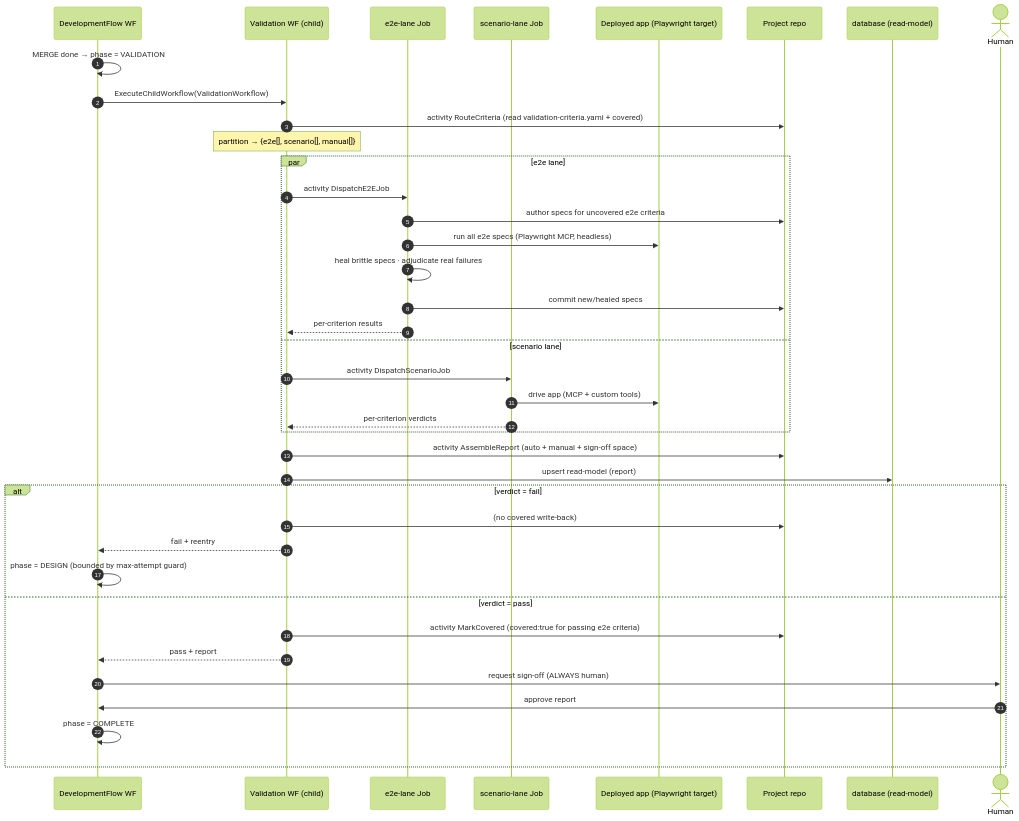
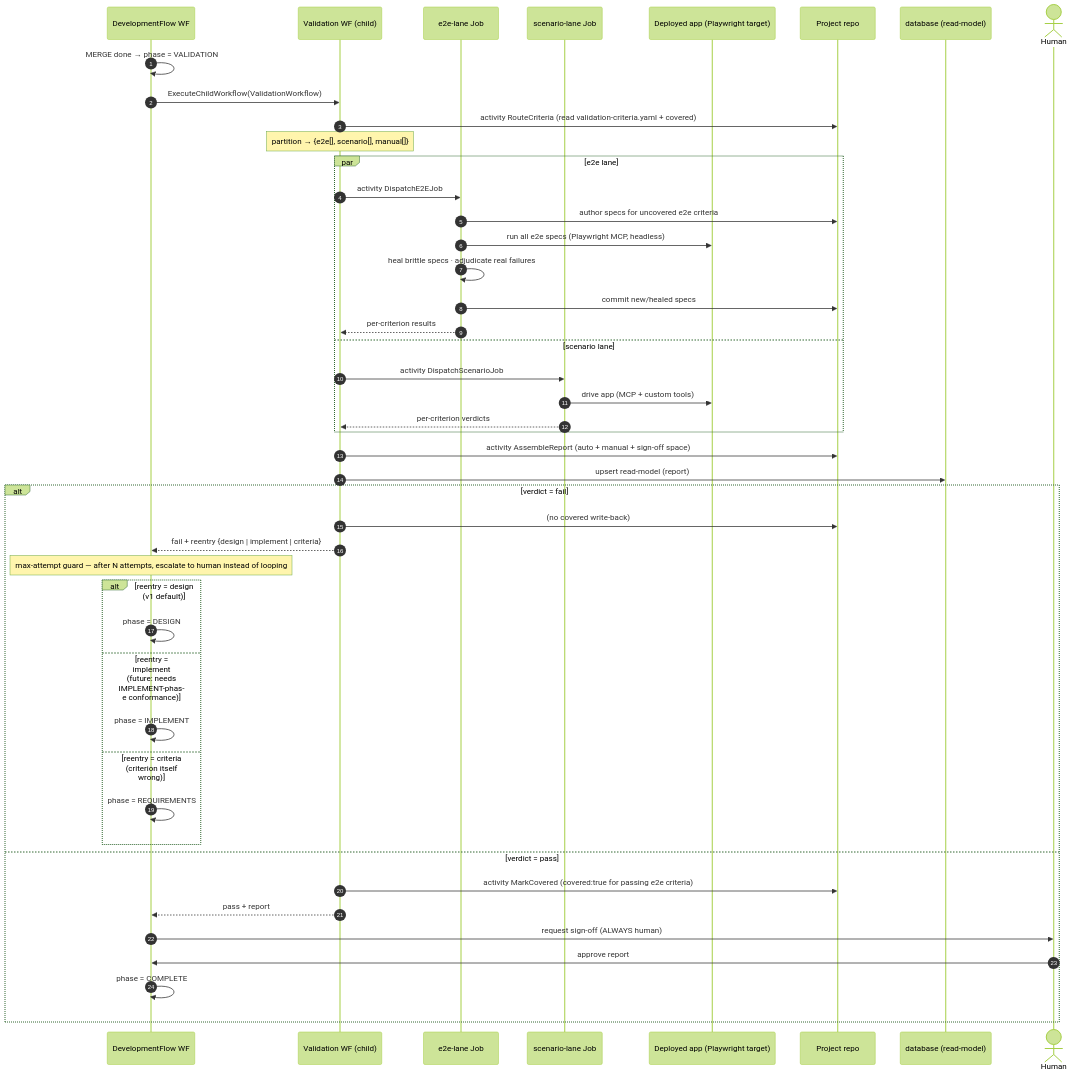
The second of 2 diagrams in docs/design/validation/00-overview.md (KCSAbeywickrama/labs-agentic-engineer), drawn with Mermaid (forest theme) before and after one commit. The commit also changed other lines of this file, not shown here.

Commit message:
fix(validation): update validation phase reentry logic for clarity and future-proofing

````diff
--- a/docs/design/validation/00-overview.md
+++ b/docs/design/validation/00-overview.md
@@ -188,44 +190,51 @@
 ```mermaid
 sequenceDiagram
     autonumber
     participant DF as DevelopmentFlow WF
     participant VW as Validation WF (child)
     participant E2E as e2e-lane Job
     participant SC as scenario-lane Job
     participant APP as Deployed app (Playwright target)
     participant REPO as Project repo
     participant DB as database (read-model)
     actor U as Human
 
     DF->>DF: MERGE done → phase = VALIDATION
     DF->>VW: ExecuteChildWorkflow(ValidationWorkflow)
     VW->>REPO: activity RouteCriteria (read validation-criteria.yaml + covered)
     Note over VW: partition → {e2e[], scenario[], manual[]}
 
     par e2e lane
         VW->>E2E: activity DispatchE2EJob
         E2E->>REPO: author specs for uncovered e2e criteria
         E2E->>APP: run all e2e specs (Playwright MCP, headless)
         E2E->>E2E: heal brittle specs · adjudicate real failures
         E2E->>REPO: commit new/healed specs
         E2E-->>VW: per-criterion results
     and scenario lane
         VW->>SC: activity DispatchScenarioJob
         SC->>APP: drive app (MCP + custom tools)
         SC-->>VW: per-criterion verdicts
     end
 
     VW->>REPO: activity AssembleReport (auto + manual + sign-off space)
     VW->>DB: upsert read-model (report)
     alt verdict = fail
         VW->>REPO: (no covered write-back)
-        VW-->>DF: fail + reentry
-        DF->>DF: phase = DESIGN (bounded by max-attempt guard)
+        VW-->>DF: fail + reentry {design | implement | criteria}
+        Note over DF: max-attempt guard — after N attempts, escalate to human instead of looping
+        alt reentry = design (v1 default)
+            DF->>DF: phase = DESIGN
+        else reentry = implement (future: needs IMPLEMENT-phase conformance)
+            DF->>DF: phase = IMPLEMENT
+        else reentry = criteria (criterion itself wrong)
+            DF->>DF: phase = REQUIREMENTS
+        end
     else verdict = pass
         VW->>REPO: activity MarkCovered (covered:true for passing e2e criteria)
         VW-->>DF: pass + report
         DF->>U: request sign-off (ALWAYS human)
         U->>DF: approve report
         DF->>DF: phase = COMPLETE
     end
 ```
````
